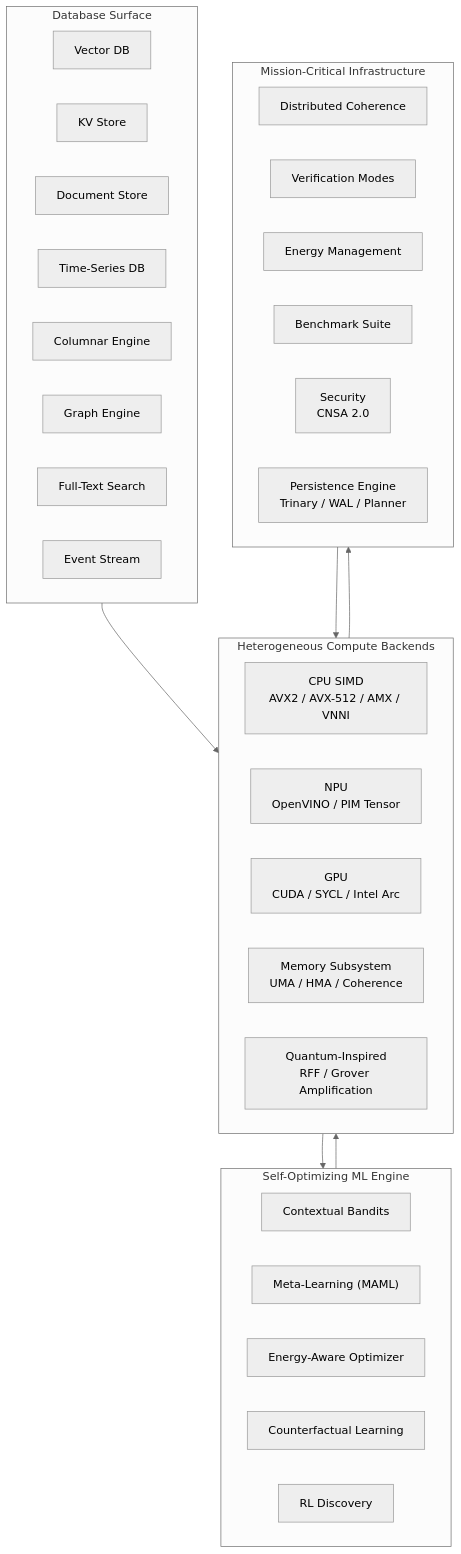
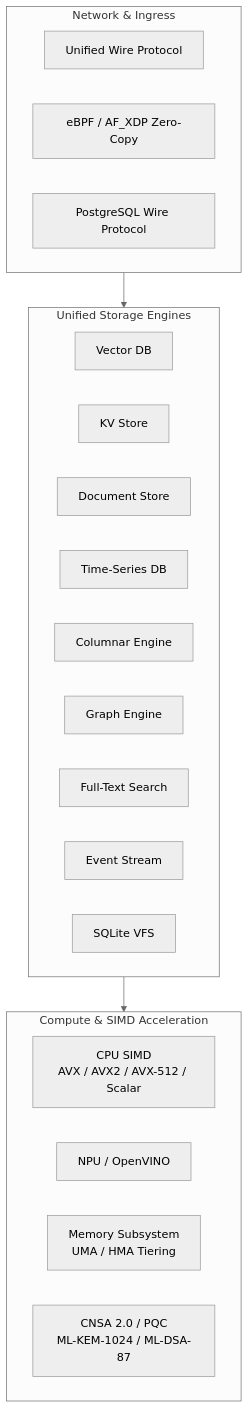
The diagram in README.md (SWORDIntel/QIHSE), drawn with Mermaid (neutral theme) before and after one commit. The commit also changed other lines of this file and 1 other file, not shown here.

Commit message:
docs: streamline README architecture section and add system overview guide

````diff
--- a/README.md
+++ b/README.md
@@ -92,48 +42,33 @@
 ```mermaid
 flowchart TB
-    subgraph Storage["Database Surface"]
+    subgraph Storage["Unified Storage Engines"]
         direction LR
         VDB["Vector DB"]
         KV["KV Store"]
         DOC["Document Store"]
         TS["Time-Series DB"]
         COL["Columnar Engine"]
         GRAPH["Graph Engine"]
         FTS["Full-Text Search"]
         EVT["Event Stream"]
+        VFS["SQLite VFS"]
     end
 
-    subgraph ML["Self-Optimizing ML Engine"]
+    subgraph Compute["Compute & SIMD Acceleration"]
         direction LR
-        BANDITS["Contextual Bandits"]
-        META["Meta-Learning (MAML)"]
-        ENERGY_ML["Energy-Aware Optimizer"]
-        COUNTER["Counterfactual Learning"]
-        RL["RL Discovery"]
+        CPU["CPU SIMD<br/>AVX / AVX2 / AVX-512 / Scalar"]
+        NPU["NPU / OpenVINO"]
+        MEM["Memory Subsystem<br/>UMA / HMA Tiering"]
+        CRYPTO["CNSA 2.0 / PQC<br/>ML-KEM-1024 / ML-DSA-87"]
     end
 
-    subgraph Compute["Heterogeneous Compute Backends"]
+    subgraph Network["Network & Ingress"]
         direction LR
-        CPU["CPU SIMD<br/>AVX2 / AVX-512 / AMX / VNNI"]
-        NPU["NPU<br/>OpenVINO / PIM Tensor"]
-        GPU["GPU<br/>CUDA / SYCL / Intel Arc"]
-        MEM["Memory Subsystem<br/>UMA / HMA / Coherence"]
-        QALG["Quantum-Inspired<br/>RFF / Grover Amplification"]
+        UWP["Unified Wire Protocol"]
+        XDP["eBPF / AF_XDP Zero-Copy"]
+        PG["PostgreSQL Wire Protocol"]
     end
 
-    subgraph Infra["Mission-Critical Infrastructure"]
-        direction LR
-        COH["Distributed Coherence"]
-        VER["Verification Modes"]
-        EMGT["Energy Management"]
-        BENCH["Benchmark Suite"]
-        SEC["Security<br/>CNSA 2.0"]
-        PER["Persistence Engine<br/>Trinary / WAL / Planner"]
-    end
-
+    Network --> Storage
     Storage --> Compute
-    Compute --> ML
-    ML --> Compute
-    Compute --> Infra
-    Infra --> Compute
 ```
````
